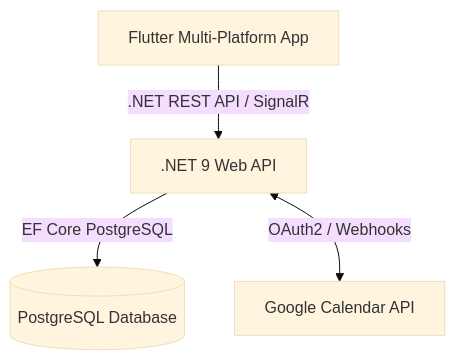
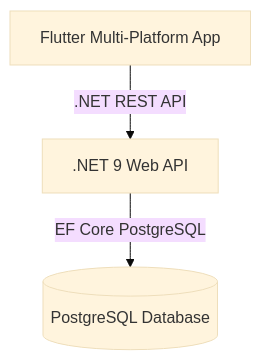
The diagram in docs/PRD_PRODUCT_AND_ARCHITECTURE.md (jessiicamaru/events-management), drawn with Mermaid (base theme) before and after one commit. The commit also changed other lines of this file and 7 other files, not shown here.

````diff
--- a/docs/PRD_PRODUCT_AND_ARCHITECTURE.md
+++ b/docs/PRD_PRODUCT_AND_ARCHITECTURE.md
@@ -18,6 +17,5 @@
 ```mermaid
 graph TD
-    Client[Flutter Multi-Platform App] -->|.NET REST API / SignalR| Backend[.NET 9 Web API]
+    Client[Flutter Multi-Platform App] -->|.NET REST API| Backend[.NET 9 Web API]
     Backend -->|EF Core PostgreSQL| DB[(PostgreSQL Database)]
-    Backend <-->|OAuth2 / Webhooks| GCal[Google Calendar API]
 ```
````
